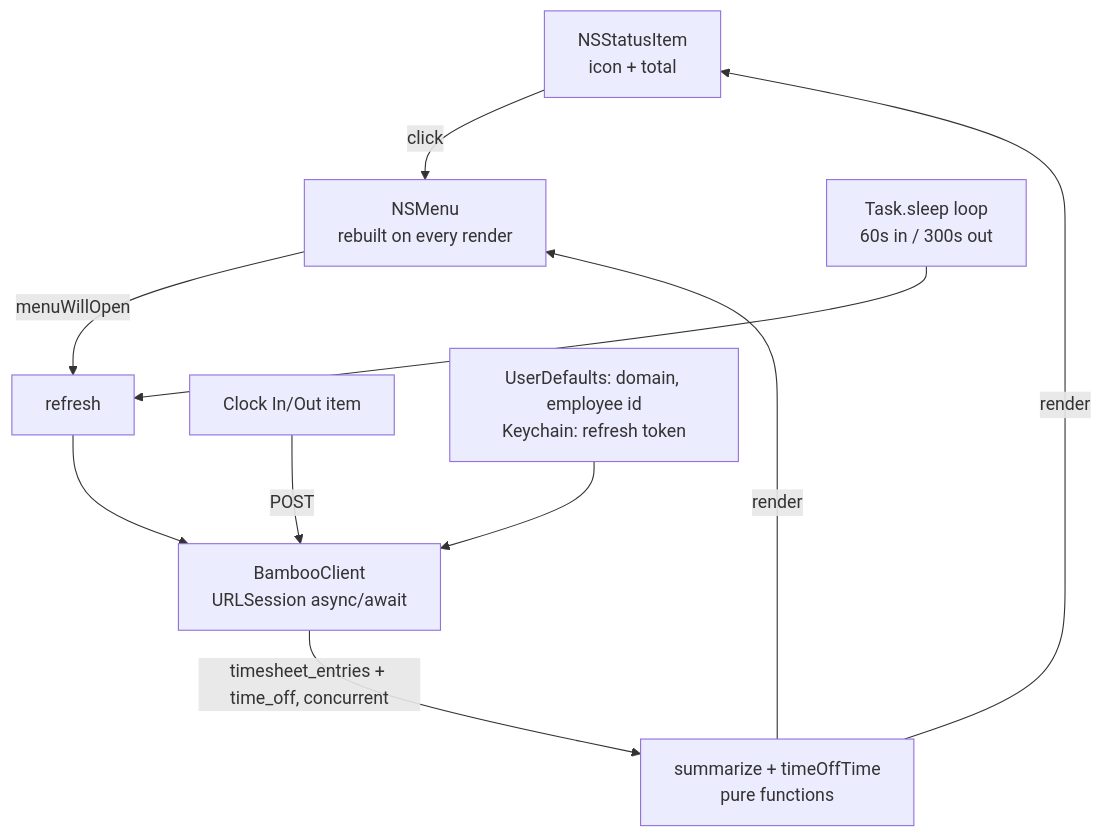
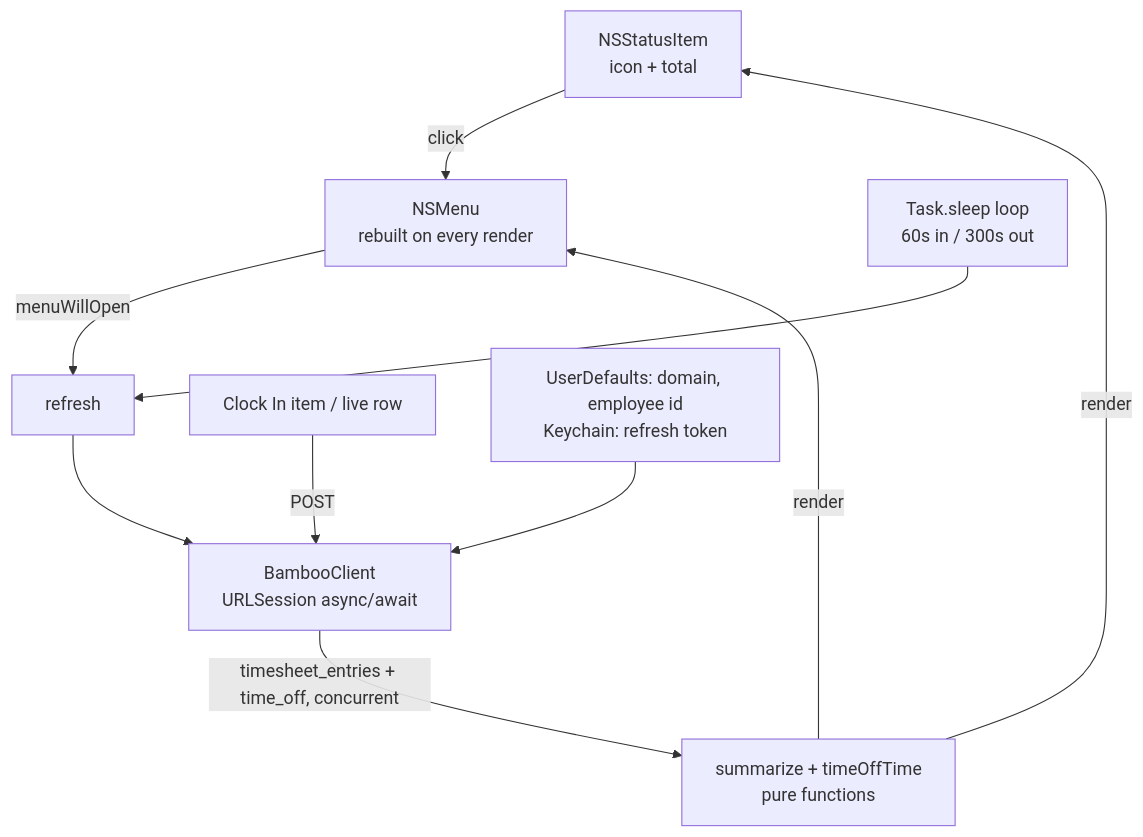
Before and after one commit to thilo/bamboo-time: the diagram in PLAN.md, drawn with Mermaid. The commit also changed other lines of this file and 4 other files, not shown here.

First line of the commit message:
Rework the menu's live row and add a previous four weeks total

````diff
--- a/PLAN.md
+++ b/PLAN.md
@@ -147,12 +155,12 @@
 ```mermaid
 flowchart TD
     A[NSStatusItem<br/>icon + total] -->|click| B[NSMenu<br/>rebuilt on every render]
     B -->|menuWillOpen| C[refresh]
     C --> D[BambooClient<br/>URLSession async/await]
     D -->|timesheet_entries + time_off, concurrent| E[summarize + timeOffTime<br/>pure functions]
     E -->|render| A
     E -->|render| B
     F[Task.sleep loop<br/>60s in / 300s out] --> C
-    G[Clock In/Out item] -->|POST| D
+    G[Clock In item / live row] -->|POST| D
     H[UserDefaults: domain, employee id<br/>Keychain: refresh token] --> D
 ```
````
